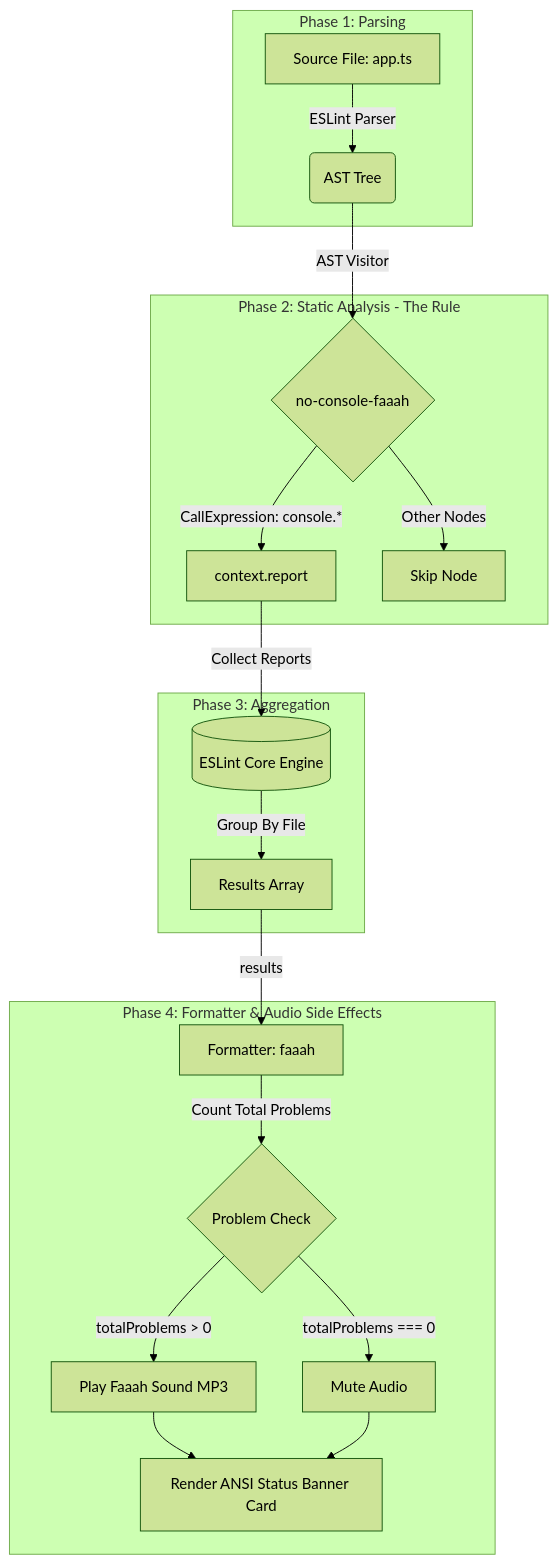
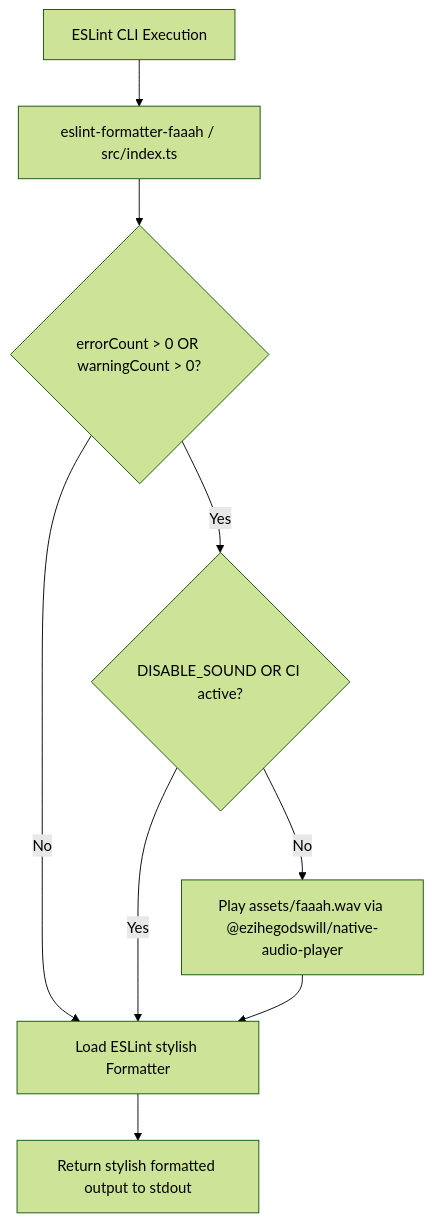
One commit to ezihegodswill/eslint-formatter-faaah changed the diagram in README.md. Above: the diagram before and after it, drawn with Mermaid (forest theme). The commit also changed other lines of this file and 1 other file, not shown here.

````diff
--- a/README.md
+++ b/README.md
@@ -130,26 +90,11 @@
 ```mermaid
-graph TD
-    subgraph Phase 1: Parsing
-        A[Source File: app.ts] -->|ESLint Parser| B(AST Tree)
-    end
-
-    subgraph Phase 2: Static Analysis - The Rule
-        B -->|AST Visitor| C{no-console-faaah}
-        C -->|CallExpression: console.*| D[context.report]
-        C -->|Other Nodes| E[Skip Node]
-    end
-
-    subgraph Phase 3: Aggregation
-        D -->|Collect Reports| F[(ESLint Core Engine)]
-        F -->|Group By File| G[Results Array]
-    end
-
-    subgraph Phase 4: Formatter & Audio Side Effects
-        G -->|results| H[Formatter: faaah]
-        H -->|Count Total Problems| I{Problem Check}
-        I -->|totalProblems > 0| J[Play Faaah Sound MP3]
-        I -->|totalProblems === 0| K[Mute Audio]
-        J --> L[Render ANSI Status Banner Card]
-        K --> L
-    end
+flowchart TD
+    A[ESLint CLI Execution] --> B[eslint-formatter-faaah / src/index.ts]
+    B --> C{errorCount > 0 OR warningCount > 0?}
+    C -->|Yes| D{DISABLE_SOUND OR CI active?}
+    C -->|No| F[Load ESLint stylish Formatter]
+    D -->|No| E[Play assets/faaah.wav via @ezihegodswill/native-audio-player]
+    D -->|Yes| F
+    E --> F
+    F --> G[Return stylish formatted output to stdout]
 ```
````
